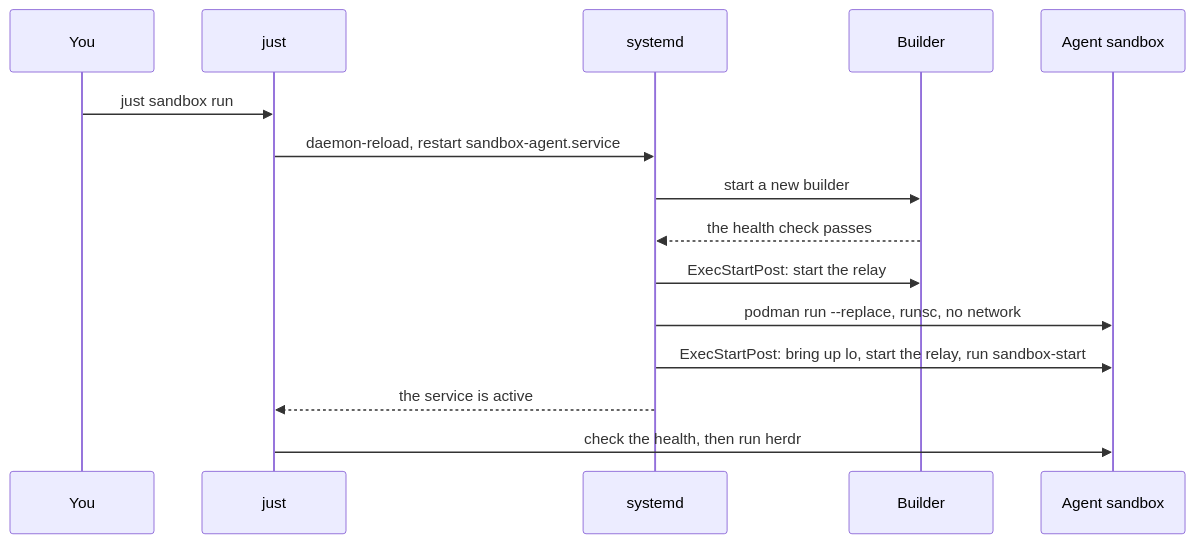
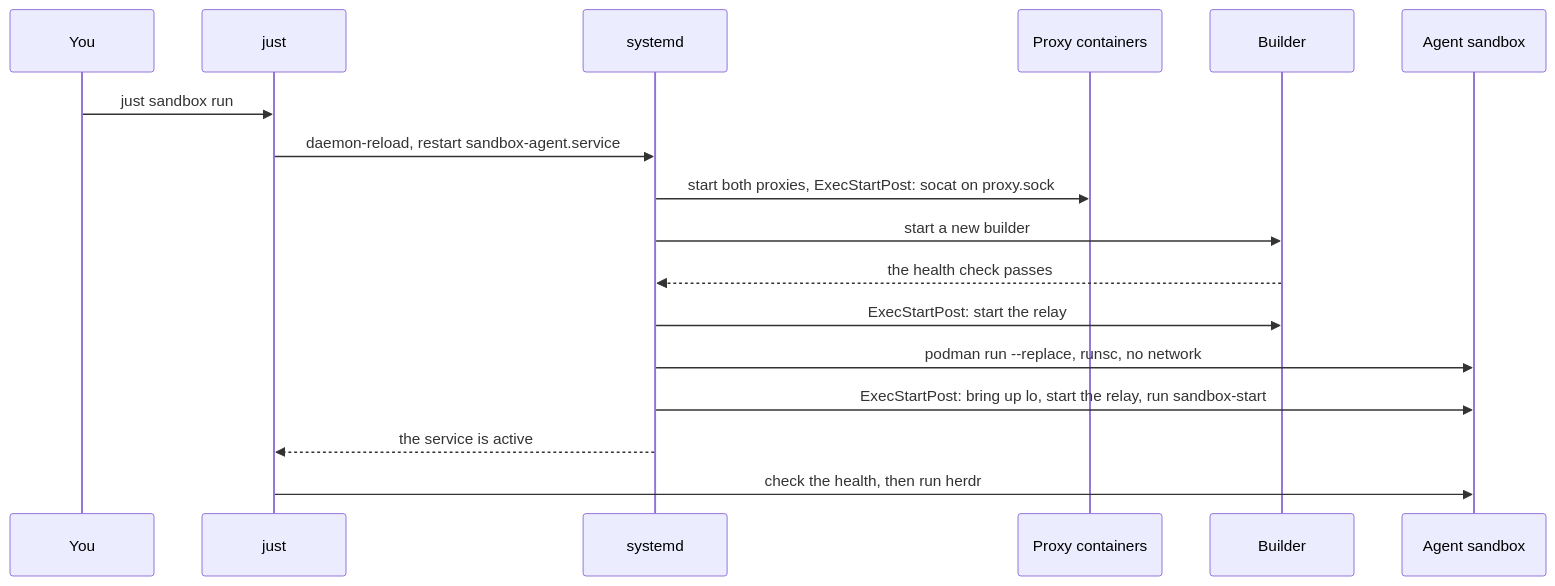
The fourth of 7 diagrams in .sandbox/docs/internals.md (raghav19/engineersdaybook), drawn with Mermaid before and after one commit. The commit also changed other lines of this file and 2 other files, not shown here.

First line of the commit message:
docs: describe the proxies as containers

````diff
--- a/.sandbox/docs/internals.md
+++ b/.sandbox/docs/internals.md
@@ -118,17 +111,19 @@
 ```mermaid
 sequenceDiagram
     participant You
     participant just
     participant systemd
+    participant Proxies as Proxy containers
     participant Builder
     participant Agent as Agent sandbox
     You->>just: just sandbox run
     just->>systemd: daemon-reload, restart sandbox-agent.service
+    systemd->>Proxies: start both proxies, ExecStartPost: socat on proxy.sock
     systemd->>Builder: start a new builder
     Builder-->>systemd: the health check passes
     systemd->>Builder: ExecStartPost: start the relay
     systemd->>Agent: podman run --replace, runsc, no network
     systemd->>Agent: ExecStartPost: bring up lo, start the relay, run sandbox-start
     systemd-->>just: the service is active
     just->>Agent: check the health, then run herdr
 ```
````
